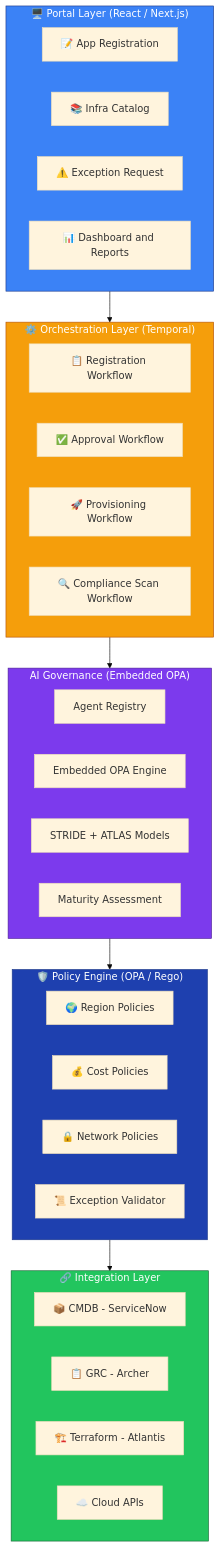
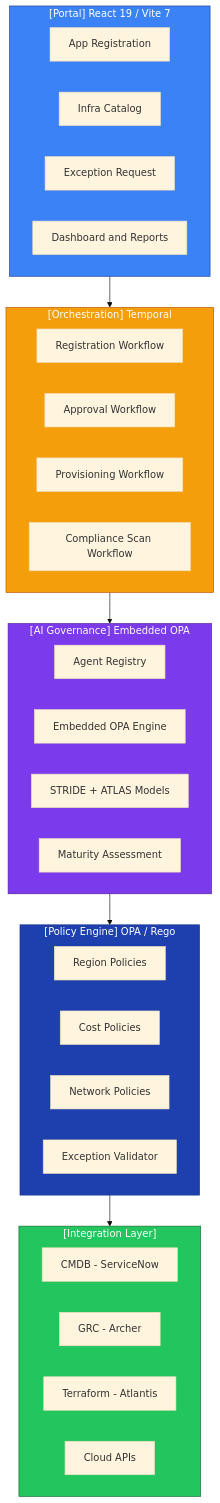
The diagram in README.md (lvonguyen/cloudforge), drawn with Mermaid before and after one commit. The commit also changed other lines of this file and 19 other files, not shown here.

````diff
--- a/README.md
+++ b/README.md
@@ -127,48 +134,48 @@
 ```mermaid
 %%{init: {'theme': 'base', 'themeVariables': {'fontFamily': 'Georgia'}}}%%
 flowchart TB
-    subgraph Portal["🖥️ Portal Layer (React / Next.js)"]
+    subgraph Portal["[Portal] React 19 / Vite 7"]
         style Portal fill:#3b82f6,stroke:#1e3a8a,color:#fff
-        A1["📝 App Registration"]
-        A2["📚 Infra Catalog"]
-        A3["⚠️ Exception Request"]
-        A4["📊 Dashboard and Reports"]
+        A1["App Registration"]
+        A2["Infra Catalog"]
+        A3["Exception Request"]
+        A4["Dashboard and Reports"]
     end
 
-    subgraph Orchestration["⚙️ Orchestration Layer (Temporal)"]
+    subgraph Orchestration["[Orchestration] Temporal"]
         style Orchestration fill:#f59e0b,stroke:#b45309,color:#fff
-        B1["📋 Registration Workflow"]
-        B2["✅ Approval Workflow"]
-        B3["🚀 Provisioning Workflow"]
-        B4["🔍 Compliance Scan Workflow"]
+        B1["Registration Workflow"]
+        B2["Approval Workflow"]
+        B3["Provisioning Workflow"]
+        B4["Compliance Scan Workflow"]
     end
 
-    subgraph AIGovernance["AI Governance (Embedded OPA)"]
+    subgraph AIGovernance["[AI Governance] Embedded OPA"]
         style AIGovernance fill:#7c3aed,stroke:#4c1d95,color:#fff
         E1["Agent Registry"]
         E2["Embedded OPA Engine"]
         E3["STRIDE + ATLAS Models"]
         E4["Maturity Assessment"]
     end
 
-    subgraph Policy["🛡️ Policy Engine (OPA / Rego)"]
+    subgraph Policy["[Policy Engine] OPA / Rego"]
         style Policy fill:#1e40af,stroke:#1e3a8a,color:#fff
-        C1["🌍 Region Policies"]
-        C2["💰 Cost Policies"]
-        C3["🔒 Network Policies"]
-        C4["📜 Exception Validator"]
+        C1["Region Policies"]
+        C2["Cost Policies"]
+        C3["Network Policies"]
+        C4["Exception Validator"]
     end
 
-    subgraph Integration["🔗 Integration Layer"]
+    subgraph Integration["[Integration Layer]"]
         style Integration fill:#22c55e,stroke:#166534,color:#fff
-        D1["📦 CMDB - ServiceNow"]
-        D2["📋 GRC - Archer"]
-        D3["🏗️ Terraform - Atlantis"]
-        D4["☁️ Cloud APIs"]
+        D1["CMDB - ServiceNow"]
+        D2["GRC - Archer"]
+        D3["Terraform - Atlantis"]
+        D4["Cloud APIs"]
     end
 
     Portal --> Orchestration
     Orchestration --> AIGovernance
     AIGovernance --> Policy
     Policy --> Integration
 ```
````
